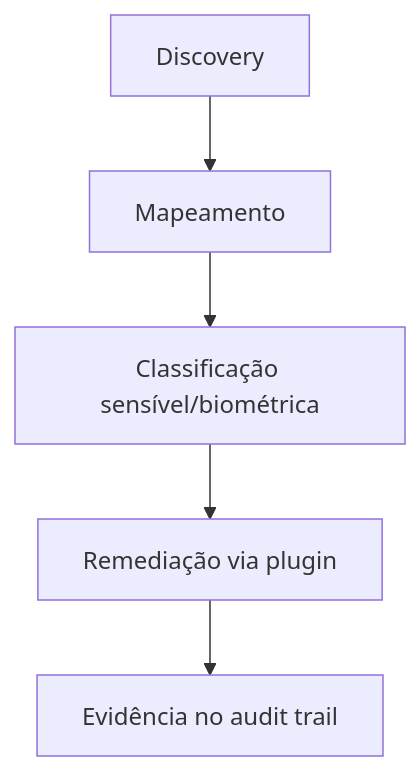
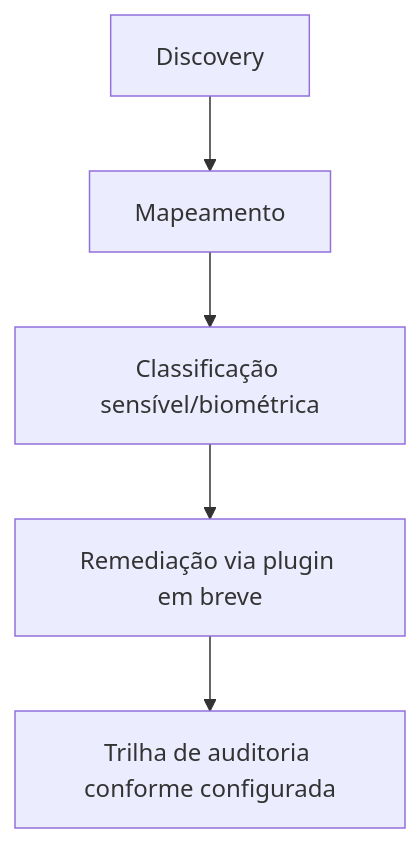
The diagram in docs/use-cases/USE_CASE_BIOMETRIC_DATA_PROTECTION.pt_BR.md (DataBoar/data-boar), drawn with Mermaid before and after one commit. The commit also changed 2 other files, not shown here.

Commit message:
docs: mark biometric mermaid remediation as coming
Keep the flowchart aligned with the coming plugin so the diagram does not read as shipped.

````diff
--- a/docs/use-cases/USE_CASE_BIOMETRIC_DATA_PROTECTION.pt_BR.md
+++ b/docs/use-cases/USE_CASE_BIOMETRIC_DATA_PROTECTION.pt_BR.md
@@ -32,7 +32,7 @@
 ```mermaid
 flowchart TD
   D[Discovery] --> M[Mapeamento]
   M --> C[Classificação sensível/biométrica]
-  C --> R[Remediação via plugin]
-  R --> E[Evidência no audit trail]
+  C --> R[Remediação via plugin em breve]
+  R --> E[Trilha de auditoria conforme configurada]
 ```
````
